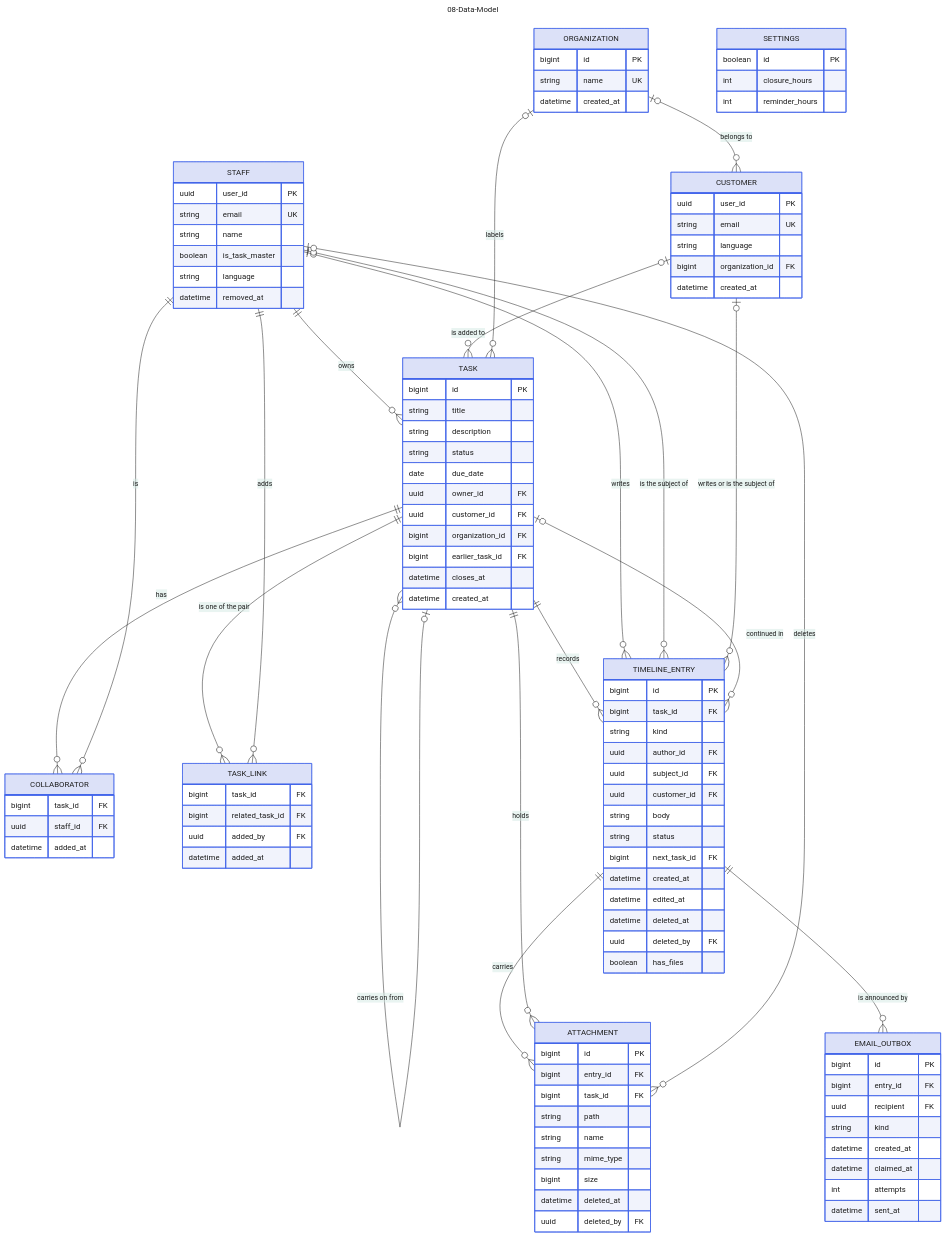
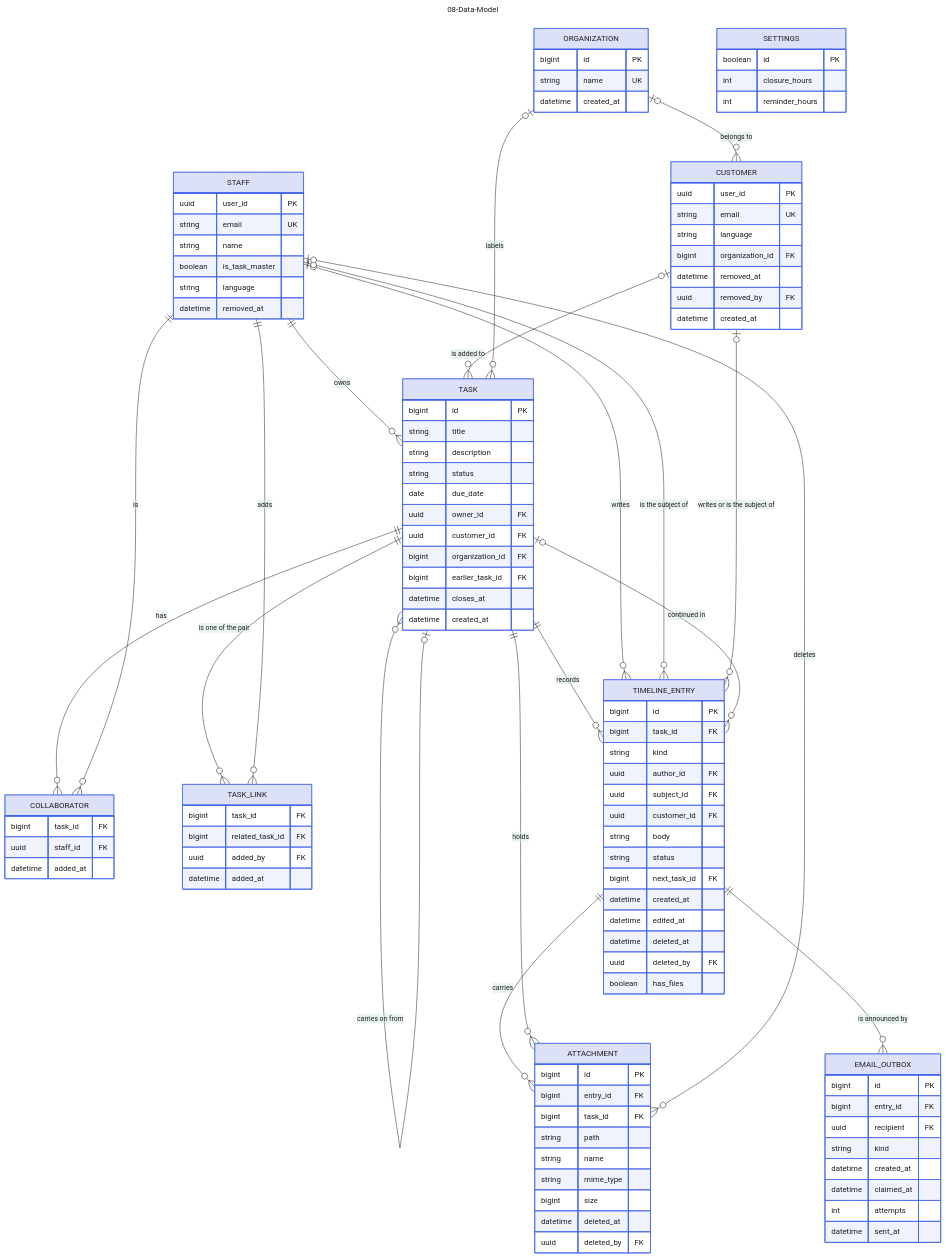
The diagram in docs/diagram/08-Data-Model.md (jedt3d/tasuku), drawn with Mermaid before and after one commit. The commit also changed other lines of this file and 5 other files, not shown here.

Commit message:
docs: sync the diagrams with removing a Customer (#42)

```diff
--- a/docs/diagram/08-Data-Model.md
+++ b/docs/diagram/08-Data-Model.md
@@ -90,6 +90,8 @@
     string email UK
     string language
     bigint organization_id FK
+    datetime removed_at
+    uuid removed_by FK
     datetime created_at
   }
   ORGANIZATION {
```
